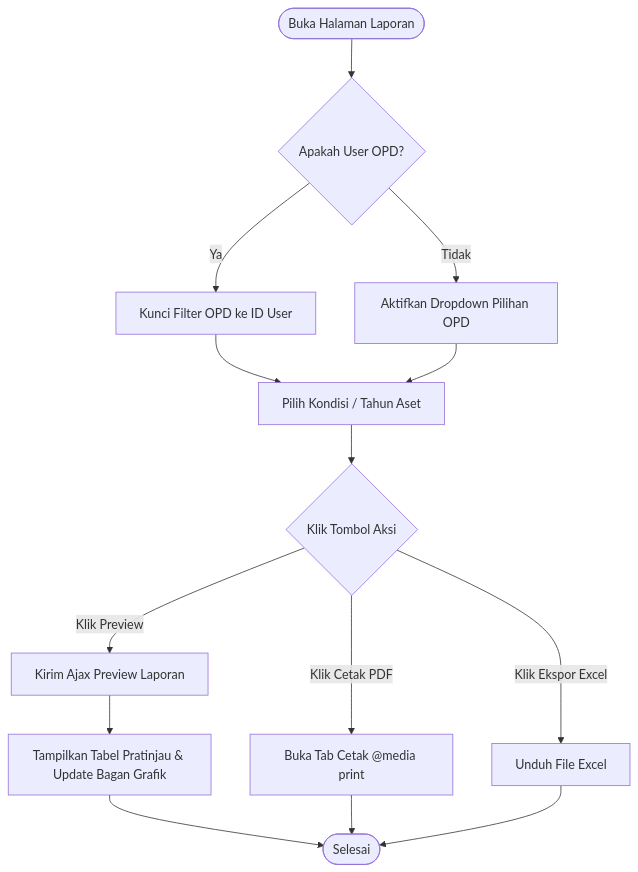
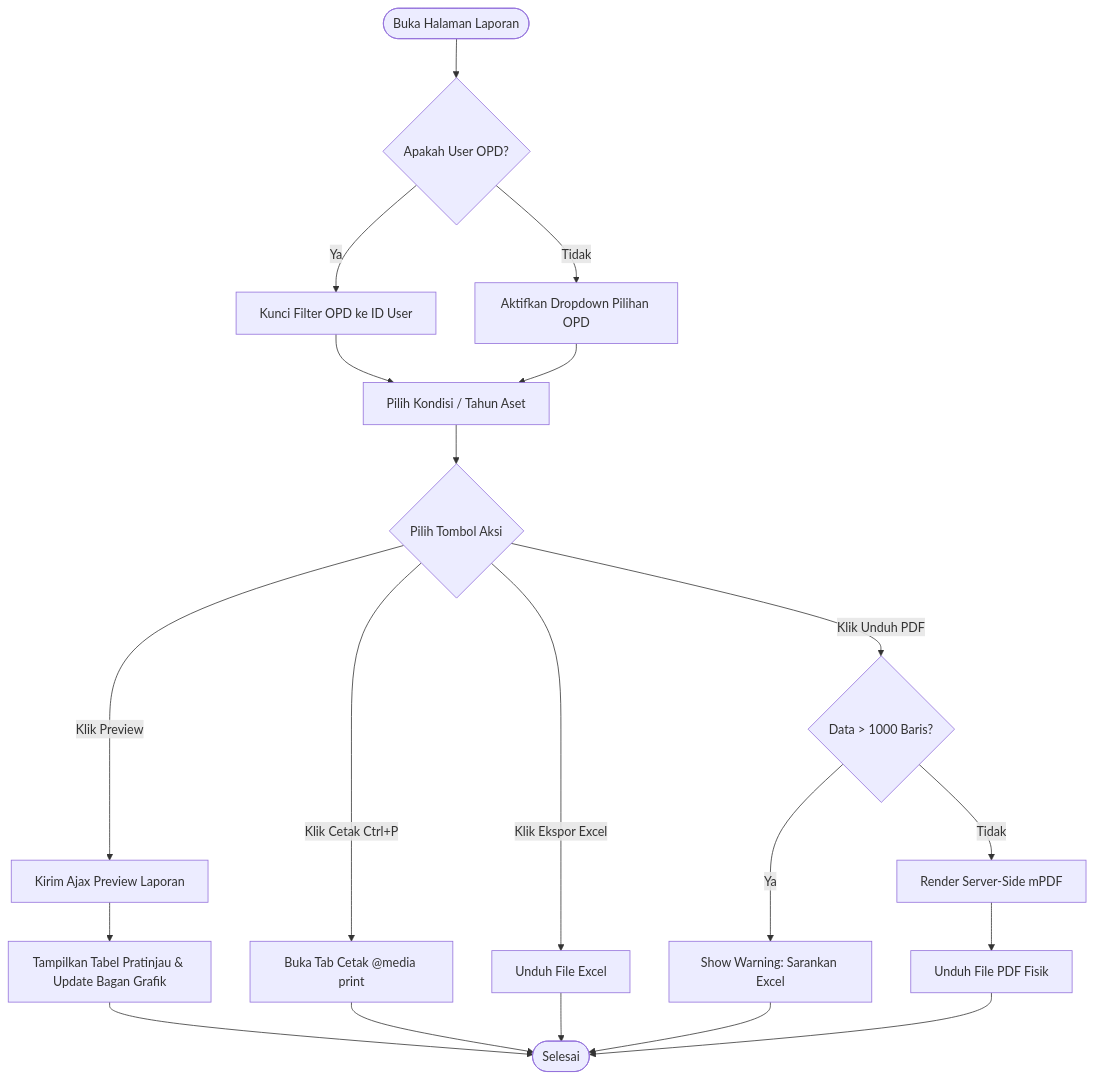
The first of 4 diagrams in resources/features/laporan/requirements.md (arifhyde98/E-RANDIS_PHP), drawn with Mermaid before and after one commit. The commit also changed other lines of this file and 29 other files, not shown here.

````diff
--- a/resources/features/laporan/requirements.md
+++ b/resources/features/laporan/requirements.md
@@ -51,19 +85,26 @@
 ```mermaid
 graph TD
     Start([Buka Halaman Laporan]) --> CheckRole{Apakah User OPD?}
     CheckRole -->|Ya| LockOPD[Kunci Filter OPD ke ID User]
     CheckRole -->|Tidak| FreeOPD[Aktifkan Dropdown Pilihan OPD]
     
     LockOPD --> SelectFilter[Pilih Kondisi / Tahun Aset]
     FreeOPD --> SelectFilter
     
-    SelectFilter --> Action{Klik Tombol Aksi}
+    SelectFilter --> Action{Pilih Tombol Aksi}
     Action -->|Klik Preview| AjaxReq[Kirim Ajax Preview Laporan]
-    Action -->|Klik Cetak PDF| PrintWindow[Buka Tab Cetak @media print]
+    Action -->|Klik Cetak Ctrl+P| PrintWindow[Buka Tab Cetak @media print]
     Action -->|Klik Ekspor Excel| DownloadExcel[Unduh File Excel]
+    Action -->|Klik Unduh PDF| CheckScale{Data > 1000 Baris?}
+    
+    CheckScale -->|Ya| ShowWarning[Show Warning: Sarankan Excel]
+    CheckScale -->|Tidak| RenderMPDF[Render Server-Side mPDF]
     
     AjaxReq --> RenderTable[Tampilkan Tabel Pratinjau & Update Bagan Grafik]
     RenderTable --> End([Selesai])
     PrintWindow --> End
     DownloadExcel --> End
+    ShowWarning --> End
+    RenderMPDF --> DownloadPDF[Unduh File PDF Fisik]
+    DownloadPDF --> End
 ```
````
